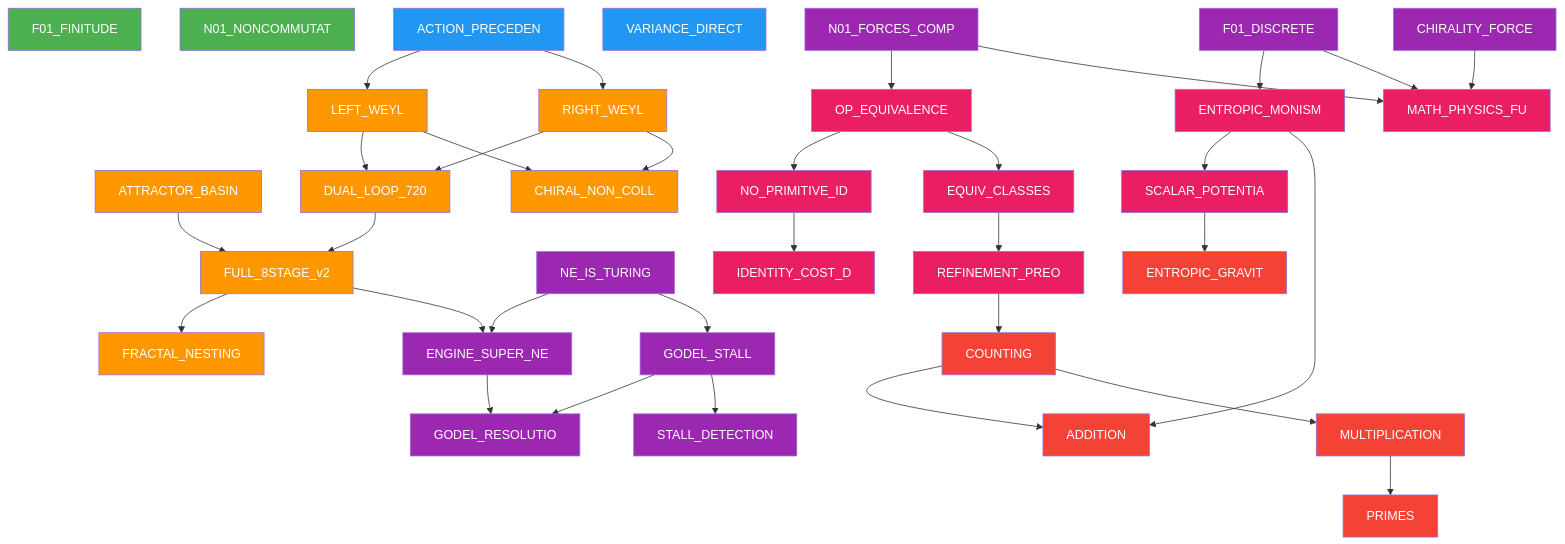
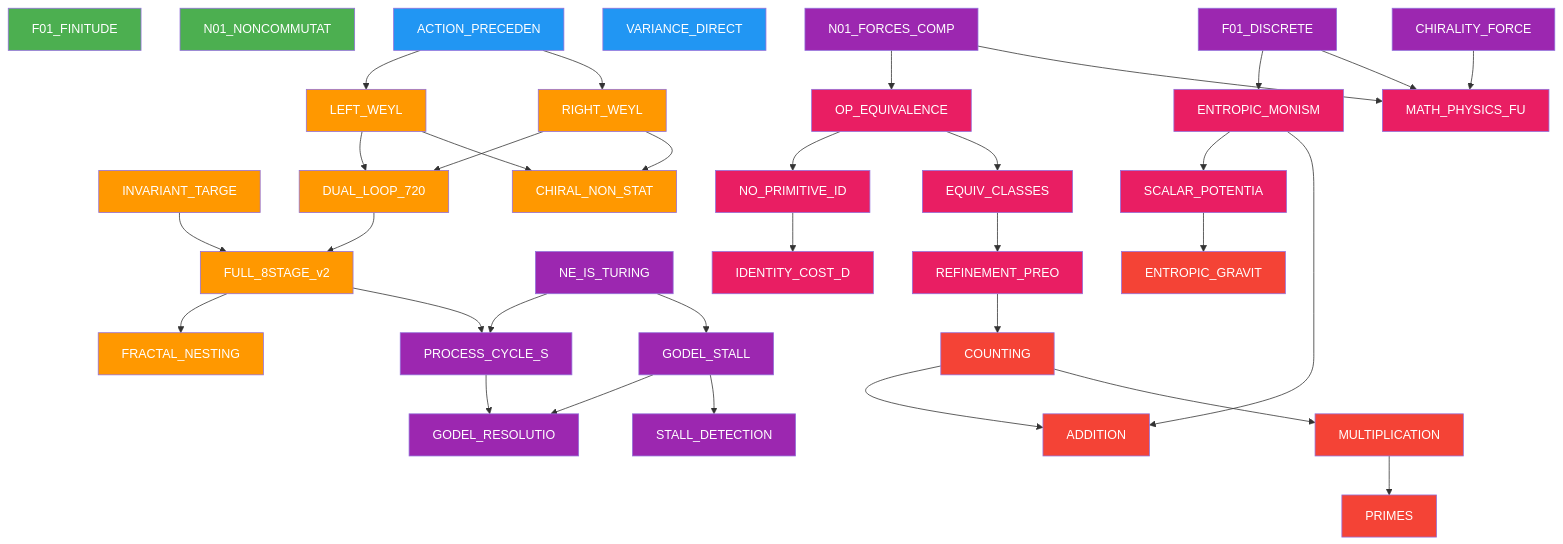
Before and after one commit to Joshua-Eisenhart/Codex-Ratchet: the diagram in system_v4/probes/a2_state/sim_results/evidence_graph.mermaid, drawn with Mermaid. The commit also changed 237 other files, not shown here.

```diff
--- a/system_v4/probes/a2_state/sim_results/evidence_graph.mermaid
+++ b/system_v4/probes/a2_state/sim_results/evidence_graph.mermaid
@@ -1,96 +1,96 @@
 graph TD
     F01_FINITUDE["F01_FINITUDE"]
     N01_NONCOMMUTATION["N01_NONCOMMUTAT"]
     ACTION_PRECEDENCE["ACTION_PRECEDEN"]
     VARIANCE_DIRECTION["VARIANCE_DIRECT"]
-    ATTRACTOR_BASIN["ATTRACTOR_BASIN"]
+    INVARIANT_TARGET_CONVERGENT_SUBSET["INVARIANT_TARGE"]
     LEFT_WEYL["LEFT_WEYL"]
     ACTION_PRECEDENCE --> LEFT_WEYL
     RIGHT_WEYL["RIGHT_WEYL"]
     ACTION_PRECEDENCE --> RIGHT_WEYL
     DUAL_LOOP_720["DUAL_LOOP_720"]
     LEFT_WEYL --> DUAL_LOOP_720
     RIGHT_WEYL --> DUAL_LOOP_720
-    CHIRAL_NON_COLLAPSE["CHIRAL_NON_COLL"]
-    LEFT_WEYL --> CHIRAL_NON_COLLAPSE
-    RIGHT_WEYL --> CHIRAL_NON_COLLAPSE
+    CHIRAL_NON_STATE_REDUCTION["CHIRAL_NON_STAT"]
+    LEFT_WEYL --> CHIRAL_NON_STATE_REDUCTION
+    RIGHT_WEYL --> CHIRAL_NON_STATE_REDUCTION
     FULL_8STAGE_v2["FULL_8STAGE_v2"]
-    ATTRACTOR_BASIN --> FULL_8STAGE_v2
+    INVARIANT_TARGET_CONVERGENT_SUBSET --> FULL_8STAGE_v2
     DUAL_LOOP_720 --> FULL_8STAGE_v2
     FRACTAL_NESTING["FRACTAL_NESTING"]
     FULL_8STAGE_v2 --> FRACTAL_NESTING
     NE_IS_TURING["NE_IS_TURING"]
     F01_DISCRETE["F01_DISCRETE"]
     N01_FORCES_COMPLEX["N01_FORCES_COMP"]
     CHIRALITY_FORCED["CHIRALITY_FORCE"]
-    ENGINE_SUPER_NE["ENGINE_SUPER_NE"]
-    NE_IS_TURING --> ENGINE_SUPER_NE
-    FULL_8STAGE_v2 --> ENGINE_SUPER_NE
+    PROCESS_CYCLE_SUPER_NE["PROCESS_CYCLE_S"]
+    NE_IS_TURING --> PROCESS_CYCLE_SUPER_NE
+    FULL_8STAGE_v2 --> PROCESS_CYCLE_SUPER_NE
     GODEL_STALL["GODEL_STALL"]
     NE_IS_TURING --> GODEL_STALL
     GODEL_RESOLUTION["GODEL_RESOLUTIO"]
     GODEL_STALL --> GODEL_RESOLUTION
-    ENGINE_SUPER_NE --> GODEL_RESOLUTION
+    PROCESS_CYCLE_SUPER_NE --> GODEL_RESOLUTION
     STALL_DETECTION["STALL_DETECTION"]
     GODEL_STALL --> STALL_DETECTION
     OP_EQUIVALENCE["OP_EQUIVALENCE"]
     N01_FORCES_COMPLEX --> OP_EQUIVALENCE
     ENTROPIC_MONISM["ENTROPIC_MONISM"]
     F01_DISCRETE --> ENTROPIC_MONISM
     MATH_PHYSICS_FUSION["MATH_PHYSICS_FU"]
     N01_FORCES_COMPLEX --> MATH_PHYSICS_FUSION
     CHIRALITY_FORCED --> MATH_PHYSICS_FUSION
     F01_DISCRETE --> MATH_PHYSICS_FUSION
     NO_PRIMITIVE_ID["NO_PRIMITIVE_ID"]
     OP_EQUIVALENCE --> NO_PRIMITIVE_ID
     EQUIV_CLASSES["EQUIV_CLASSES"]
     OP_EQUIVALENCE --> EQUIV_CLASSES
     REFINEMENT_PREORDER["REFINEMENT_PREO"]
     EQUIV_CLASSES --> REFINEMENT_PREORDER
     SCALAR_POTENTIAL["SCALAR_POTENTIA"]
     ENTROPIC_MONISM --> SCALAR_POTENTIAL
     IDENTITY_COST_D2["IDENTITY_COST_D"]
     NO_PRIMITIVE_ID --> IDENTITY_COST_D2
     COUNTING["COUNTING"]
     REFINEMENT_PREORDER --> COUNTING
     ADDITION["ADDITION"]
     COUNTING --> ADDITION
     ENTROPIC_MONISM --> ADDITION
     MULTIPLICATION["MULTIPLICATION"]
     COUNTING --> MULTIPLICATION
     PRIMES["PRIMES"]
     MULTIPLICATION --> PRIMES
     ENTROPIC_GRAVITY["ENTROPIC_GRAVIT"]
     SCALAR_POTENTIAL --> ENTROPIC_GRAVITY
     style F01_FINITUDE fill:#4CAF50,color:#fff
     style N01_NONCOMMUTATION fill:#4CAF50,color:#fff
     style ACTION_PRECEDENCE fill:#2196F3,color:#fff
     style VARIANCE_DIRECTION fill:#2196F3,color:#fff
-    style ATTRACTOR_BASIN fill:#FF9800,color:#fff
+    style INVARIANT_TARGET_CONVERGENT_SUBSET fill:#FF9800,color:#fff
     style LEFT_WEYL fill:#FF9800,color:#fff
     style RIGHT_WEYL fill:#FF9800,color:#fff
     style DUAL_LOOP_720 fill:#FF9800,color:#fff
-    style CHIRAL_NON_COLLAPSE fill:#FF9800,color:#fff
+    style CHIRAL_NON_STATE_REDUCTION fill:#FF9800,color:#fff
     style FULL_8STAGE_v2 fill:#FF9800,color:#fff
     style FRACTAL_NESTING fill:#FF9800,color:#fff
     style NE_IS_TURING fill:#9C27B0,color:#fff
     style F01_DISCRETE fill:#9C27B0,color:#fff
     style N01_FORCES_COMPLEX fill:#9C27B0,color:#fff
     style CHIRALITY_FORCED fill:#9C27B0,color:#fff
-    style ENGINE_SUPER_NE fill:#9C27B0,color:#fff
+    style PROCESS_CYCLE_SUPER_NE fill:#9C27B0,color:#fff
     style GODEL_STALL fill:#9C27B0,color:#fff
     style GODEL_RESOLUTION fill:#9C27B0,color:#fff
     style STALL_DETECTION fill:#9C27B0,color:#fff
     style OP_EQUIVALENCE fill:#E91E63,color:#fff
     style ENTROPIC_MONISM fill:#E91E63,color:#fff
     style MATH_PHYSICS_FUSION fill:#E91E63,color:#fff
     style NO_PRIMITIVE_ID fill:#E91E63,color:#fff
     style EQUIV_CLASSES fill:#E91E63,color:#fff
     style REFINEMENT_PREORDER fill:#E91E63,color:#fff
     style SCALAR_POTENTIAL fill:#E91E63,color:#fff
     style IDENTITY_COST_D2 fill:#E91E63,color:#fff
     style COUNTING fill:#F44336,color:#fff
     style ADDITION fill:#F44336,color:#fff
     style MULTIPLICATION fill:#F44336,color:#fff
     style PRIMES fill:#F44336,color:#fff
     style ENTROPIC_GRAVITY fill:#F44336,color:#fff
```
